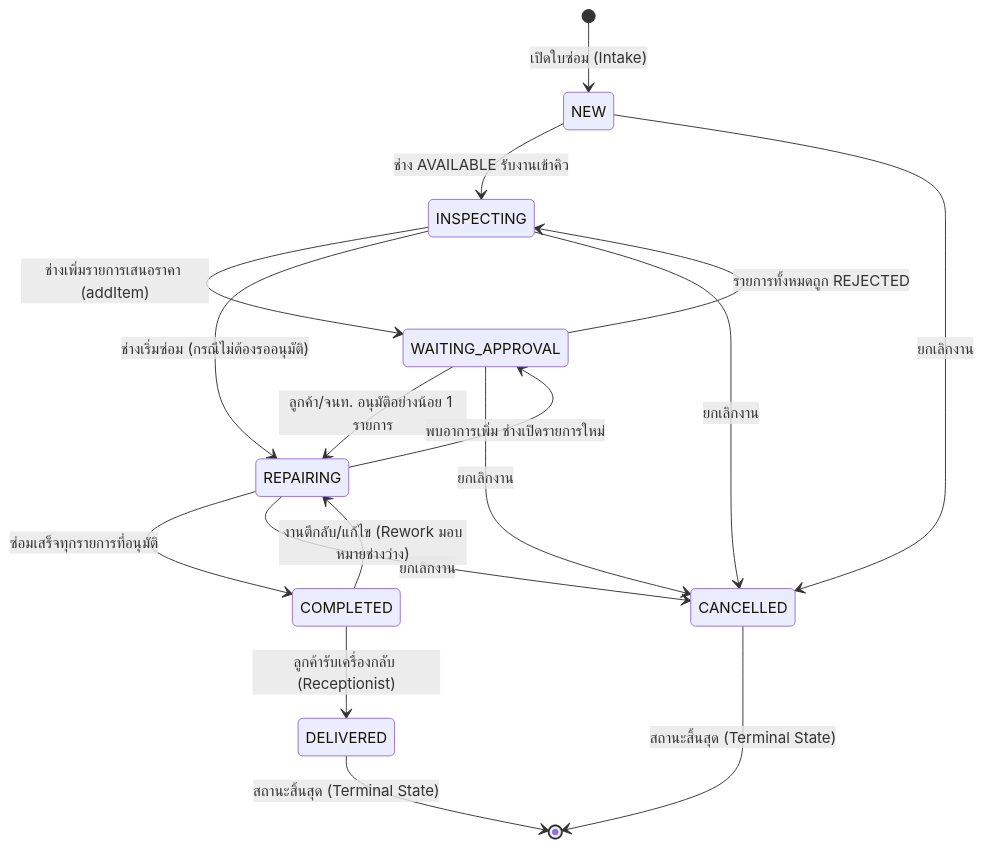
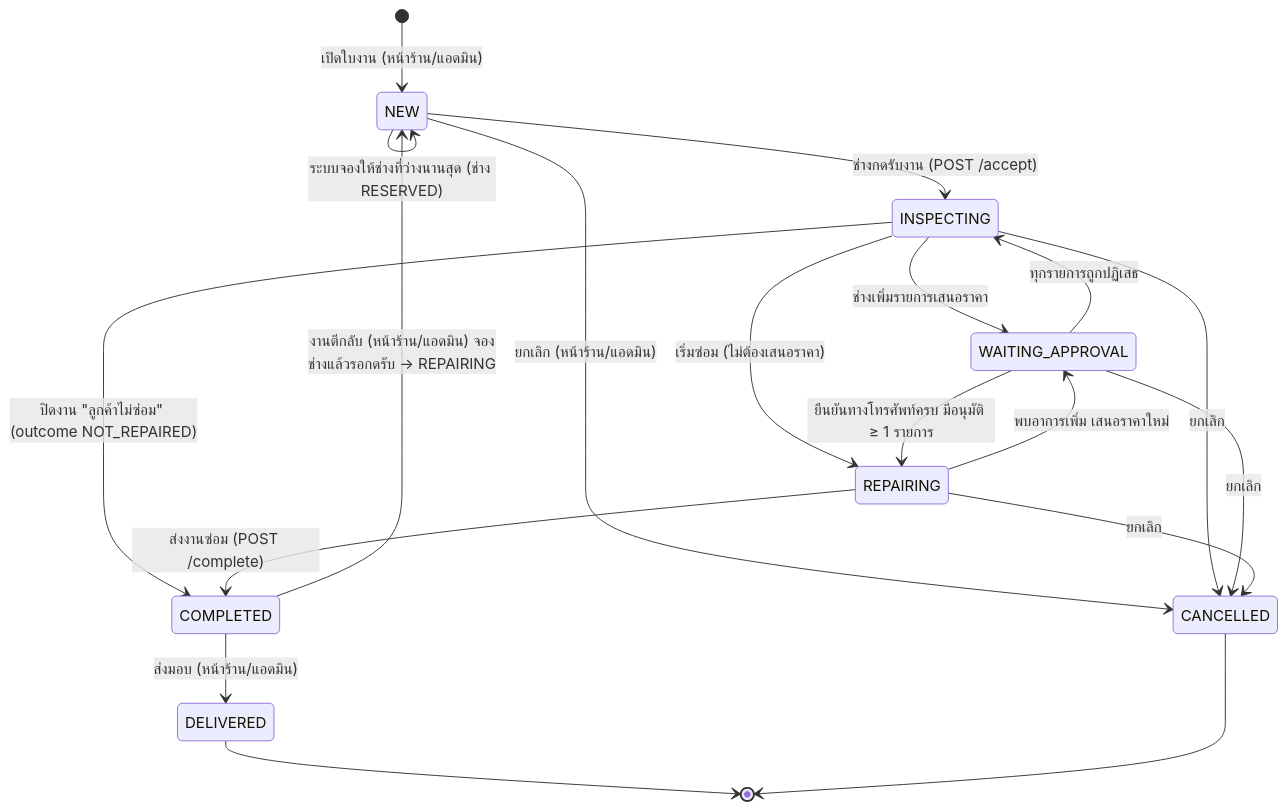
Before and after one commit to kynp28/homglai-service-core: the diagram in README.md, drawn with Mermaid. The commit also changed other lines of this file and 14 other files, not shown here.

````diff
--- a/README.md
+++ b/README.md
@@ -219,24 +230,26 @@
 ```mermaid
 stateDiagram-v2
-    [*] --> NEW: เปิดใบซ่อม (Intake)
-    NEW --> INSPECTING: ช่าง AVAILABLE รับงานเข้าคิว
-    NEW --> CANCELLED: ยกเลิกงาน
+    [*] --> NEW: เปิดใบงาน (หน้าร้าน/แอดมิน)
+    NEW --> NEW: ระบบจองให้ช่างที่ว่างนานสุด (ช่าง RESERVED)
+    NEW --> INSPECTING: ช่างกดรับงาน (POST /accept)
+    NEW --> CANCELLED: ยกเลิก (หน้าร้าน/แอดมิน)
 
-    INSPECTING --> WAITING_APPROVAL: ช่างเพิ่มรายการเสนอราคา (addItem)
-    INSPECTING --> REPAIRING: ช่างเริ่มซ่อม (กรณีไม่ต้องรออนุมัติ)
-    INSPECTING --> CANCELLED: ยกเลิกงาน
+    INSPECTING --> WAITING_APPROVAL: ช่างเพิ่มรายการเสนอราคา
+    INSPECTING --> REPAIRING: เริ่มซ่อม (ไม่ต้องเสนอราคา)
+    INSPECTING --> COMPLETED: ปิดงาน "ลูกค้าไม่ซ่อม" (outcome NOT_REPAIRED)
+    INSPECTING --> CANCELLED: ยกเลิก
 
-    WAITING_APPROVAL --> REPAIRING: ลูกค้า/จนท. อนุมัติอย่างน้อย 1 รายการ
-    WAITING_APPROVAL --> INSPECTING: รายการทั้งหมดถูก REJECTED
-    WAITING_APPROVAL --> CANCELLED: ยกเลิกงาน
+    WAITING_APPROVAL --> REPAIRING: ยืนยันทางโทรศัพท์ครบ มีอนุมัติ ≥ 1 รายการ
+    WAITING_APPROVAL --> INSPECTING: ทุกรายการถูกปฏิเสธ
+    WAITING_APPROVAL --> CANCELLED: ยกเลิก
 
-    REPAIRING --> WAITING_APPROVAL: พบอาการเพิ่ม ช่างเปิดรายการใหม่
-    REPAIRING --> COMPLETED: ซ่อมเสร็จทุกรายการที่อนุมัติ
-    REPAIRING --> CANCELLED: ยกเลิกงาน
+    REPAIRING --> WAITING_APPROVAL: พบอาการเพิ่ม เสนอราคาใหม่
+    REPAIRING --> COMPLETED: ส่งงานซ่อม (POST /complete)
+    REPAIRING --> CANCELLED: ยกเลิก
 
-    COMPLETED --> DELIVERED: ลูกค้ารับเครื่องกลับ (Receptionist)
-    COMPLETED --> REPAIRING: งานตีกลับ/แก้ไข (Rework มอบหมายช่างว่าง)
+    COMPLETED --> DELIVERED: ส่งมอบ (หน้าร้าน/แอดมิน)
+    COMPLETED --> NEW: งานตีกลับ (หน้าร้าน/แอดมิน) จองช่างแล้วรอกดรับ -> REPAIRING
 
-    DELIVERED --> [*]: สถานะสิ้นสุด (Terminal State)
-    CANCELLED --> [*]: สถานะสิ้นสุด (Terminal State)
+    DELIVERED --> [*]
+    CANCELLED --> [*]
 ```
````
